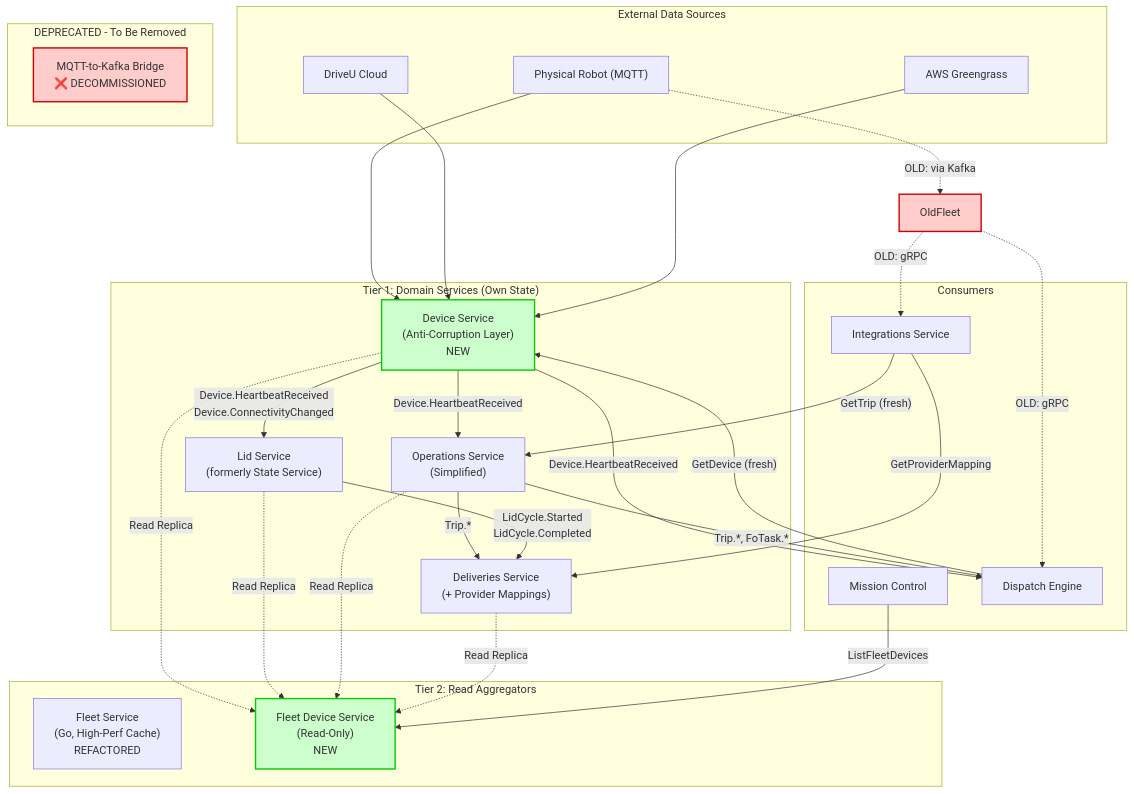
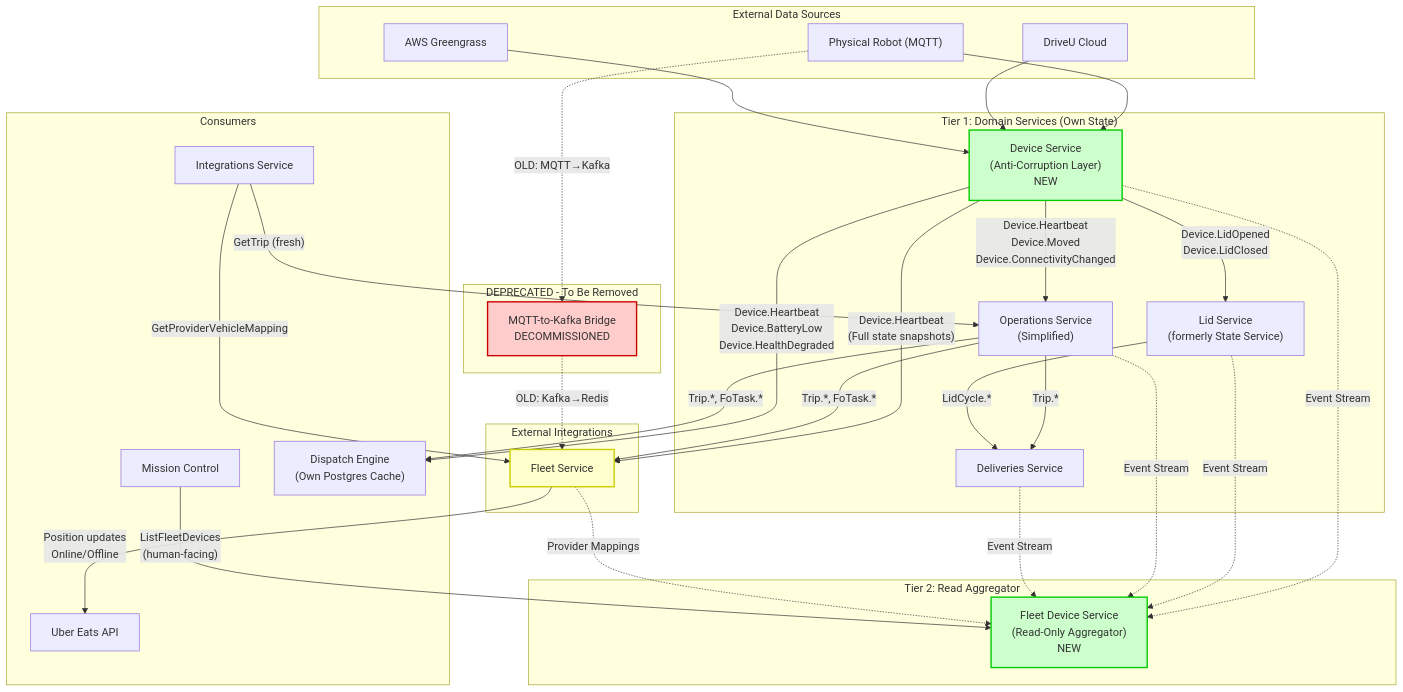
Before and after one commit to jeremieshaker-coco/obsidian: the diagram in designs/Device API Redesign v2.md, drawn with Mermaid. The commit also changed other lines of this file and 4 other files, not shown here.

````diff
--- a/designs/Device API Redesign v2.md
+++ b/designs/Device API Redesign v2.md
@@ -25,71 +40,80 @@
 ```mermaid
 flowchart TB
     subgraph Sources["External Data Sources"]
         Robot["Physical Robot (MQTT)"]
         DriveU["DriveU Cloud"]
         AWS["AWS Greengrass"]
     end
 
     subgraph Tier1["Tier 1: Domain Services (Own State)"]
         DeviceService["Device Service<br/>(Anti-Corruption Layer)<br/>NEW"]
         LidService["Lid Service<br/>(formerly State Service)"]
         OperationsService["Operations Service<br/>(Simplified)"]
-        DeliveriesService["Deliveries Service<br/>(+ Provider Mappings)"]
+        DeliveriesService["Deliveries Service"]
     end
 
-    subgraph Tier2["Tier 2: Read Aggregators"]
-        FleetService["Fleet Service<br/>(Go, High-Perf Cache)<br/>REFACTORED"]
-        FleetDeviceService["Fleet Device Service<br/>(Read-Only)<br/>NEW"]
+    subgraph Tier2["Tier 2: Read Aggregator"]
+        FleetDeviceService["Fleet Device Service<br/>(Read-Only Aggregator)<br/>NEW"]
+    end
+    
+    subgraph Integrations["External Integrations"]
+        FleetService["Fleet Service"]
     end
 
     subgraph Deprecated["DEPRECATED - To Be Removed"]
-        KafkaBridge["MQTT-to-Kafka Bridge<br/>❌ DECOMMISSIONED"]
+        KafkaBridge["MQTT-to-Kafka Bridge<br/>DECOMMISSIONED"]
     end
 
     subgraph Consumers["Consumers"]
         MC["Mission Control"]
-        DispatchEngine["Dispatch Engine"]
+        DispatchEngine["Dispatch Engine<br/>(Own Postgres Cache)"]
         IntegrationsService["Integrations Service"]
+        UberAPI["Uber Eats API"]
     end
 
     %% Raw data ingestion
     Robot --> DeviceService
     DriveU --> DeviceService
     AWS --> DeviceService
 
     %% Device Service publishes events
-    DeviceService -->|"Device.HeartbeatReceived<br/>Device.ConnectivityChanged"| LidService
-    DeviceService -->|"Device.HeartbeatReceived"| OperationsService
-    DeviceService -->|"Device.HeartbeatReceived"| DispatchEngine
+    DeviceService -->|"Device.LidOpened<br/>Device.LidClosed"| LidService
+    DeviceService -->|"Device.Heartbeat<br/>Device.Moved<br/>Device.ConnectivityChanged"| OperationsService
+    DeviceService -->|"Device.Heartbeat<br/>Device.BatteryLow<br/>Device.HealthDegraded"| DispatchEngine
+    DeviceService -->|"Device.Heartbeat<br/>(Full state snapshots)"| FleetService
 
     %% Operations publishes domain events
     OperationsService -->|"Trip.*, FoTask.*"| DispatchEngine
+    OperationsService -->|"Trip.*, FoTask.*"| FleetService
     OperationsService -->|"Trip.*"| DeliveriesService
 
     %% Lid Service publishes events
-    LidService -->|"LidCycle.Started<br/>LidCycle.Completed"| DeliveriesService
+    LidService -->|"LidCycle.*"| DeliveriesService
 
+    %% Fleet Service manages Uber integration
+    FleetService -->|"Position updates<br/>Online/Offline"| UberAPI
+    
     %% Read replicas flow to Fleet Device Service
-    DeviceService -.->|"Read Replica"| FleetDeviceService
-    LidService -.->|"Read Replica"| FleetDeviceService
-    OperationsService -.->|"Read Replica"| FleetDeviceService
-    DeliveriesService -.->|"Read Replica"| FleetDeviceService
+    DeviceService -.->|"Event Stream"| FleetDeviceService
+    LidService -.->|"Event Stream"| FleetDeviceService
+    OperationsService -.->|"Event Stream"| FleetDeviceService
+    DeliveriesService -.->|"Event Stream"| FleetDeviceService
+    FleetService -.->|"Provider Mappings"| FleetDeviceService
 
     %% Consumers query Fleet Device Service for reads
-    MC -->|"ListFleetDevices"| FleetDeviceService
+    MC -->|"ListFleetDevices<br/>(human-facing)"| FleetDeviceService
     
     %% Consumers needing fresh data query owners directly
-    DispatchEngine -->|"GetDevice (fresh)"| DeviceService
     IntegrationsService -->|"GetTrip (fresh)"| OperationsService
-    IntegrationsService -->|"GetProviderMapping"| DeliveriesService
+    IntegrationsService -->|"GetProviderVehicleMapping"| FleetService
 
-    %% Show what's being replaced
-    Robot -.->|"OLD: via Kafka"| OldFleet
-    OldFleet -.->|"OLD: gRPC"| DispatchEngine
-    OldFleet -.->|"OLD: gRPC"| IntegrationsService
+    %% Show what's being replaced (Kafka path)
+    Robot -.->|"OLD: MQTT→Kafka"| KafkaBridge
+    KafkaBridge -.->|"OLD: Kafka→Redis"| FleetService
     
-    style OldFleet fill:#ffcccc,stroke:#cc0000,stroke-width:2px
     style KafkaBridge fill:#ffcccc,stroke:#cc0000,stroke-width:2px
     style DeviceService fill:#ccffcc,stroke:#00cc00,stroke-width:2px
     style FleetDeviceService fill:#ccffcc,stroke:#00cc00,stroke-width:2px
+    style FleetService fill:#ffffcc,stroke:#cccc00,stroke-width:2px
+
 ```
````
